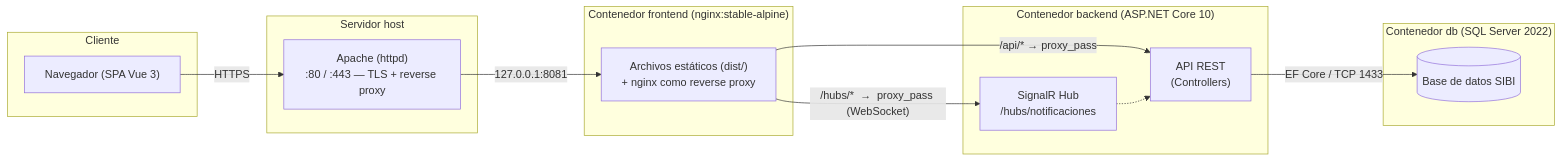
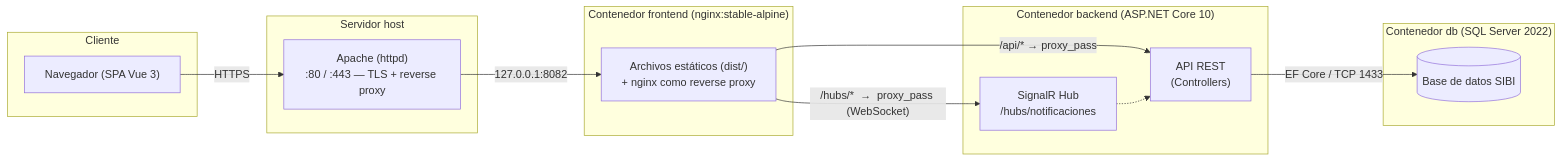
Before and after one commit to soporteeicucr-svg/SIBI: the first of 5 diagrams in MANUAL_TECNICO.md, drawn with Mermaid. The commit also changed other lines of this file and 2 other files, not shown here.

````diff
--- a/MANUAL_TECNICO.md
+++ b/MANUAL_TECNICO.md
@@ -66,30 +66,30 @@
 ```mermaid
 flowchart LR
     subgraph Cliente
         B["Navegador (SPA Vue 3)"]
     end
 
     subgraph "Servidor host"
         AP["Apache (httpd)\n:80 / :443 — TLS + reverse proxy"]
     end
 
     subgraph "Contenedor frontend (nginx:stable-alpine)"
         F["Archivos estáticos (dist/)\n+ nginx como reverse proxy"]
     end
 
     subgraph "Contenedor backend (ASP.NET Core 10)"
         API["API REST\n(Controllers)"]
         HUB["SignalR Hub\n/hubs/notificaciones"]
     end
 
     subgraph "Contenedor db (SQL Server 2022)"
         SQL[("Base de datos SIBI")]
     end
 
     B -- HTTPS --> AP
-    AP -- "127.0.0.1:8081" --> F
+    AP -- "127.0.0.1:8082" --> F
     F -- "/api/*  →  proxy_pass" --> API
     F -- "/hubs/*  →  proxy_pass (WebSocket)" --> HUB
     API -- EF Core / TCP 1433 --> SQL
     HUB -.-> API
 ```
````
